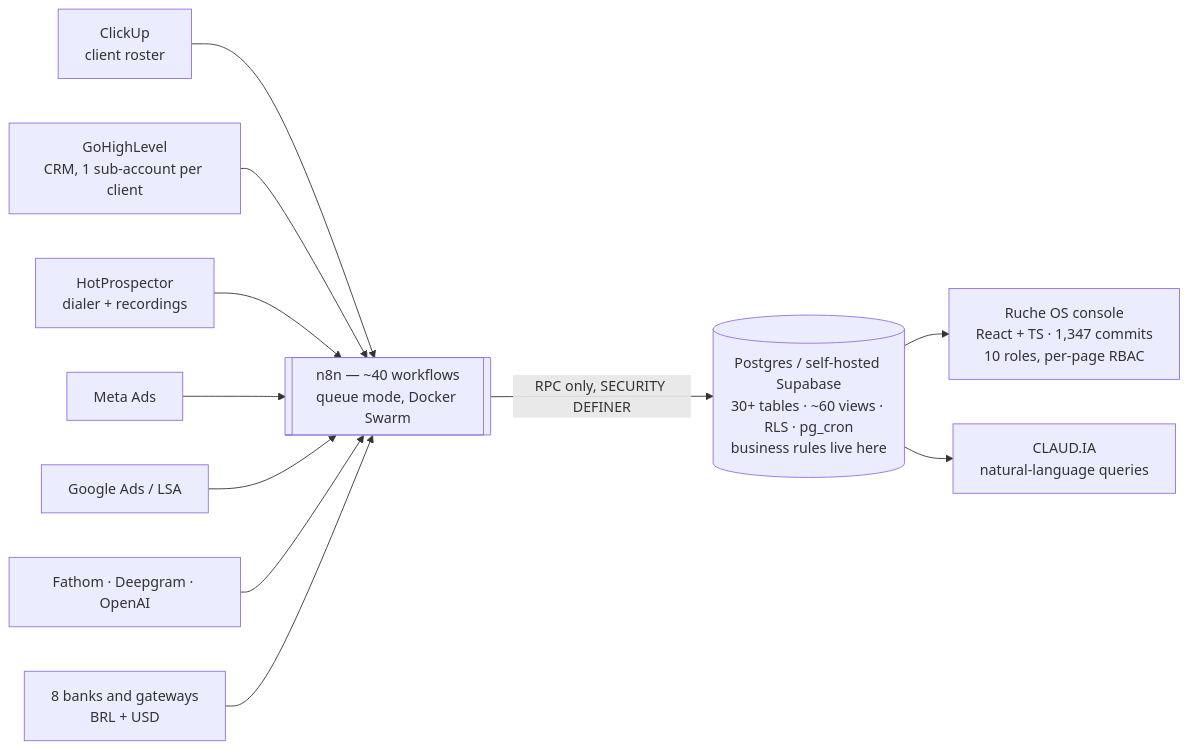
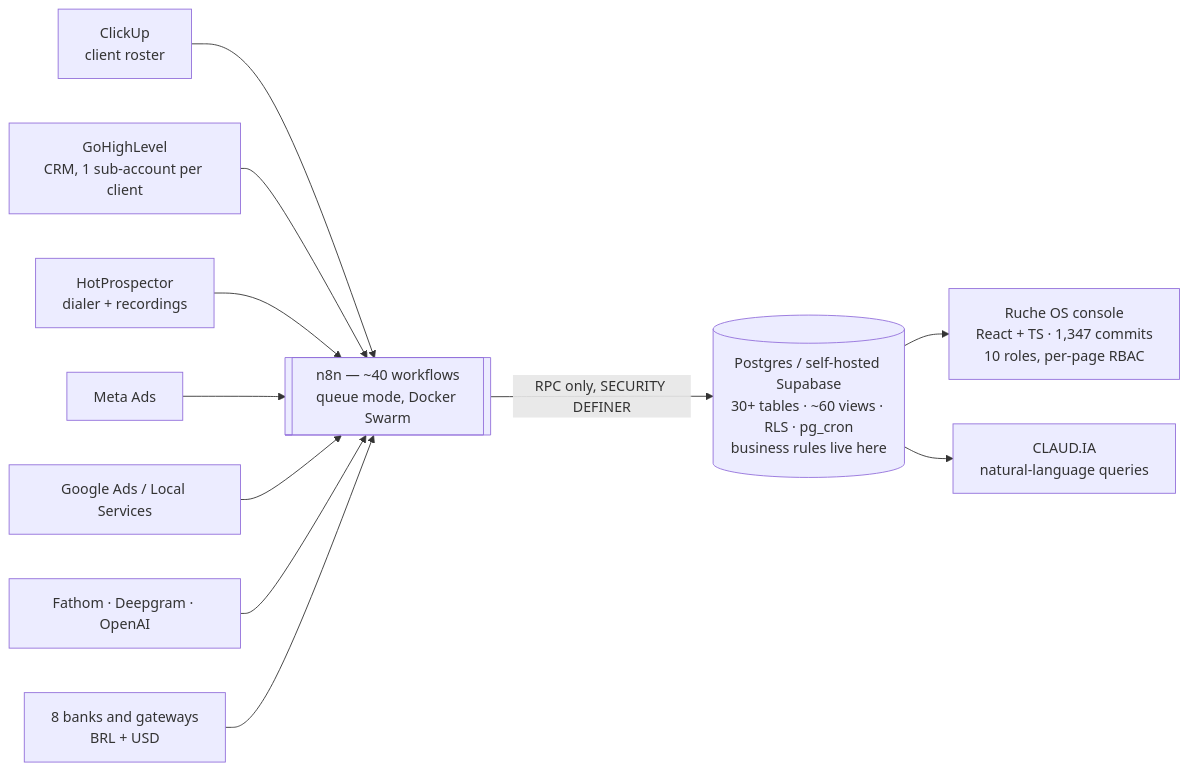
One commit to Zuqueee/ruche-os changed the diagram in README.md. Above: the diagram before and after it, drawn with Mermaid.

Commit message:
Quote Mermaid node labels so GitHub renders the diagram
Unquoted labels containing a comma or a slash can fail to parse.

````diff
--- a/README.md
+++ b/README.md
@@ -37,15 +37,15 @@
 ```mermaid
 flowchart LR
-  CU[ClickUp<br/>client roster] --> N8N
-  GHL[GoHighLevel<br/>CRM, 1 sub-account per client] --> N8N
-  HP[HotProspector<br/>dialer + recordings] --> N8N
-  META[Meta Ads] --> N8N
-  GADS[Google Ads / LSA] --> N8N
-  AI[Fathom · Deepgram · OpenAI] --> N8N
-  BANKS[8 banks and gateways<br/>BRL + USD] --> N8N
+  CU["ClickUp<br/>client roster"] --> N8N
+  GHL["GoHighLevel<br/>CRM, 1 sub-account per client"] --> N8N
+  HP["HotProspector<br/>dialer + recordings"] --> N8N
+  META["Meta Ads"] --> N8N
+  GADS["Google Ads / Local Services"] --> N8N
+  AI["Fathom · Deepgram · OpenAI"] --> N8N
+  BANKS["8 banks and gateways<br/>BRL + USD"] --> N8N
 
   N8N[["n8n — ~40 workflows<br/>queue mode, Docker Swarm"]] -->|RPC only, SECURITY DEFINER| PG
   PG[("Postgres / self-hosted Supabase<br/>30+ tables · ~60 views · RLS · pg_cron<br/>business rules live here")]
   PG --> FE["Ruche OS console<br/>React + TS · 1,347 commits<br/>10 roles, per-page RBAC"]
   PG --> CLAUDIA["CLAUD.IA<br/>natural-language queries"]
 ```
````
